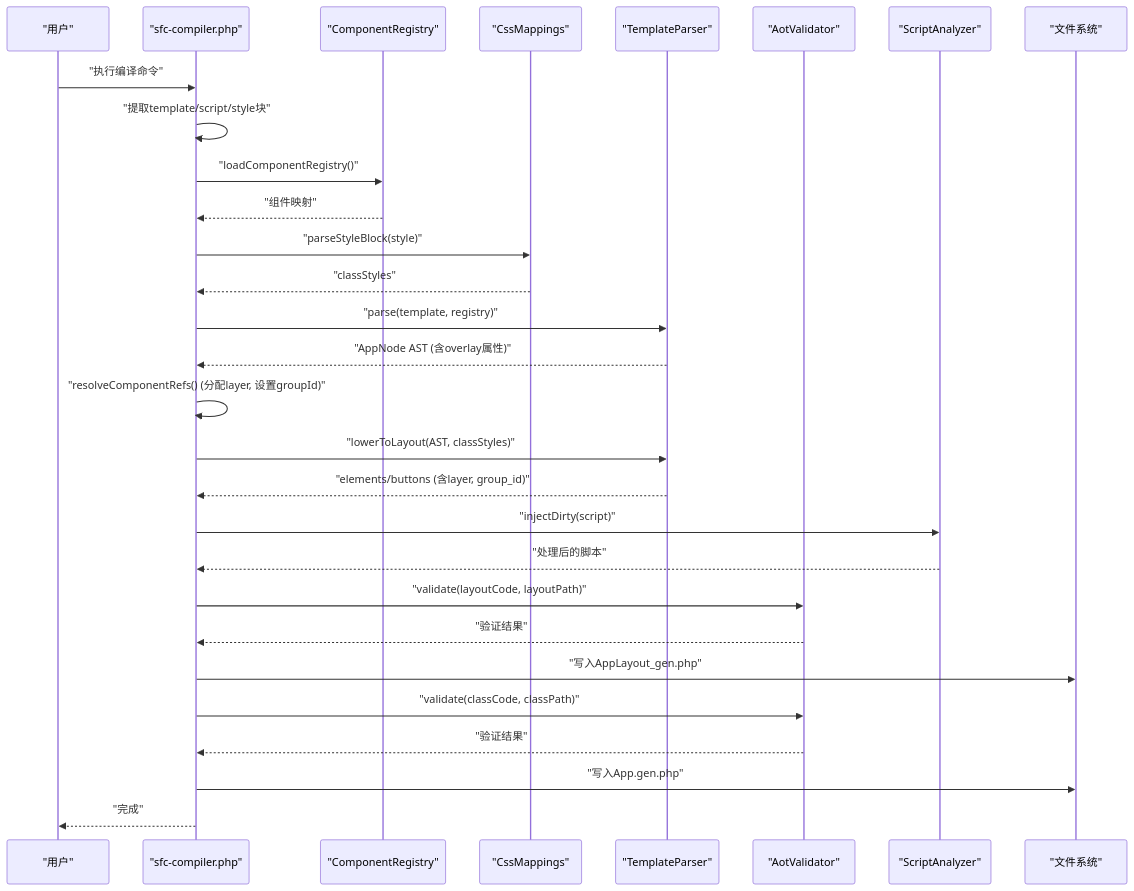
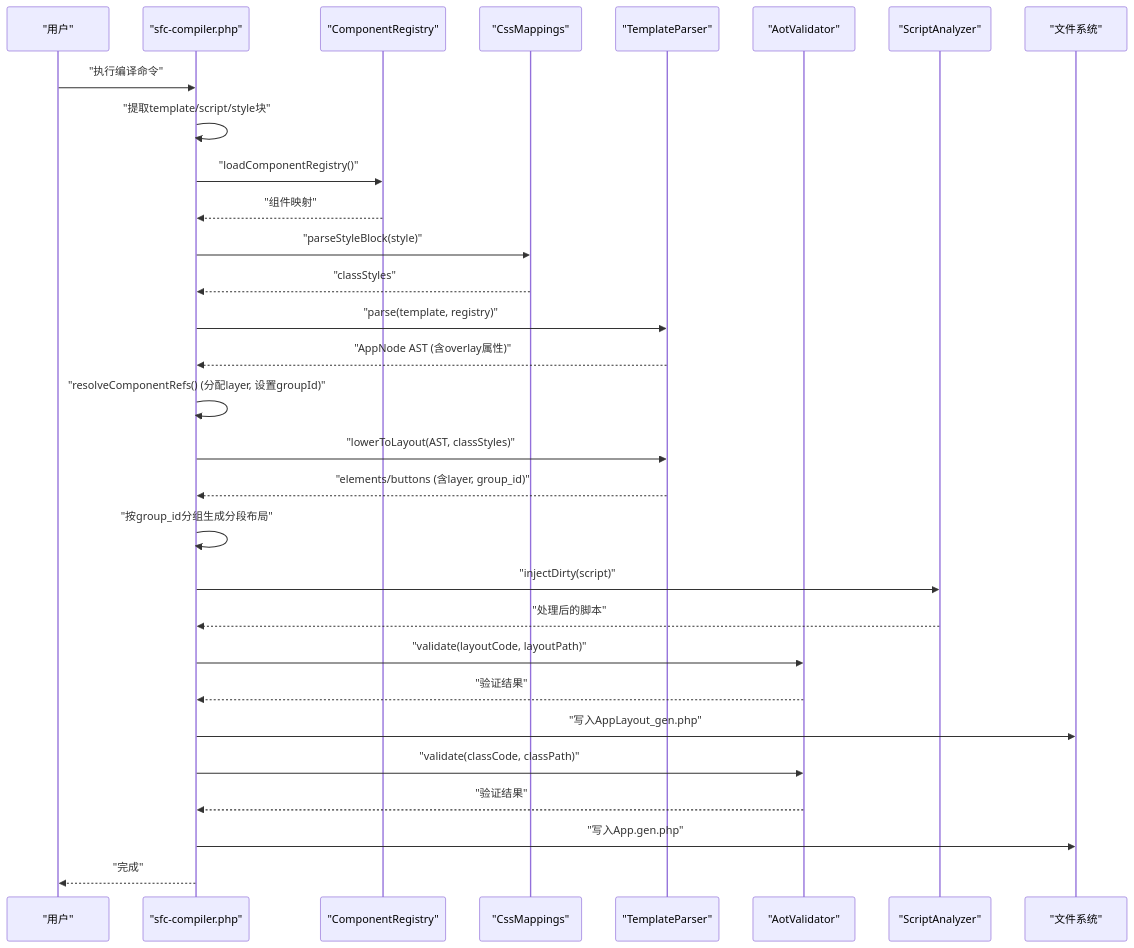
One commit to xingye00186/PHP-Data-UI-Framework-powered-by-swooleAOT changed the second of 15 diagrams in .qoder/repowiki/zh/content/SFC编译器系统/SFC编译器系统.md. Above: the diagram before and after it, drawn with Mermaid. The commit also changed other lines of this file and 10 other files, not shown here.

````diff
--- a/.qoder/repowiki/zh/content/SFC编译器系统/SFC编译器系统.md
+++ b/.qoder/repowiki/zh/content/SFC编译器系统/SFC编译器系统.md
@@ -142,31 +144,32 @@
 ```mermaid
 sequenceDiagram
 participant U as "用户"
 participant CLI as "sfc-compiler.php"
 participant CR as "ComponentRegistry"
 participant CM as "CssMappings"
 participant TP as "TemplateParser"
 participant AV as "AotValidator"
 participant SA as "ScriptAnalyzer"
 participant FS as "文件系统"
 U->>CLI : "执行编译命令"
 CLI->>CLI : "提取template/script/style块"
 CLI->>CR : "loadComponentRegistry()"
 CR-->>CLI : "组件映射"
 CLI->>CM : "parseStyleBlock(style)"
 CM-->>CLI : "classStyles"
 CLI->>TP : "parse(template, registry)"
 TP-->>CLI : "AppNode AST (含overlay属性)"
 CLI->>CLI : "resolveComponentRefs() (分配layer, 设置groupId)"
 CLI->>TP : "lowerToLayout(AST, classStyles)"
 TP-->>CLI : "elements/buttons (含layer, group_id)"
+CLI->>CLI : "按group_id分组生成分段布局"
 CLI->>SA : "injectDirty(script)"
 SA-->>CLI : "处理后的脚本"
 CLI->>AV : "validate(layoutCode, layoutPath)"
 AV-->>CLI : "验证结果"
 CLI->>FS : "写入AppLayout_gen.php"
 CLI->>AV : "validate(classCode, classPath)"
 AV-->>CLI : "验证结果"
 CLI->>FS : "写入App.gen.php"
 CLI-->>U : "完成"
 ```
````
